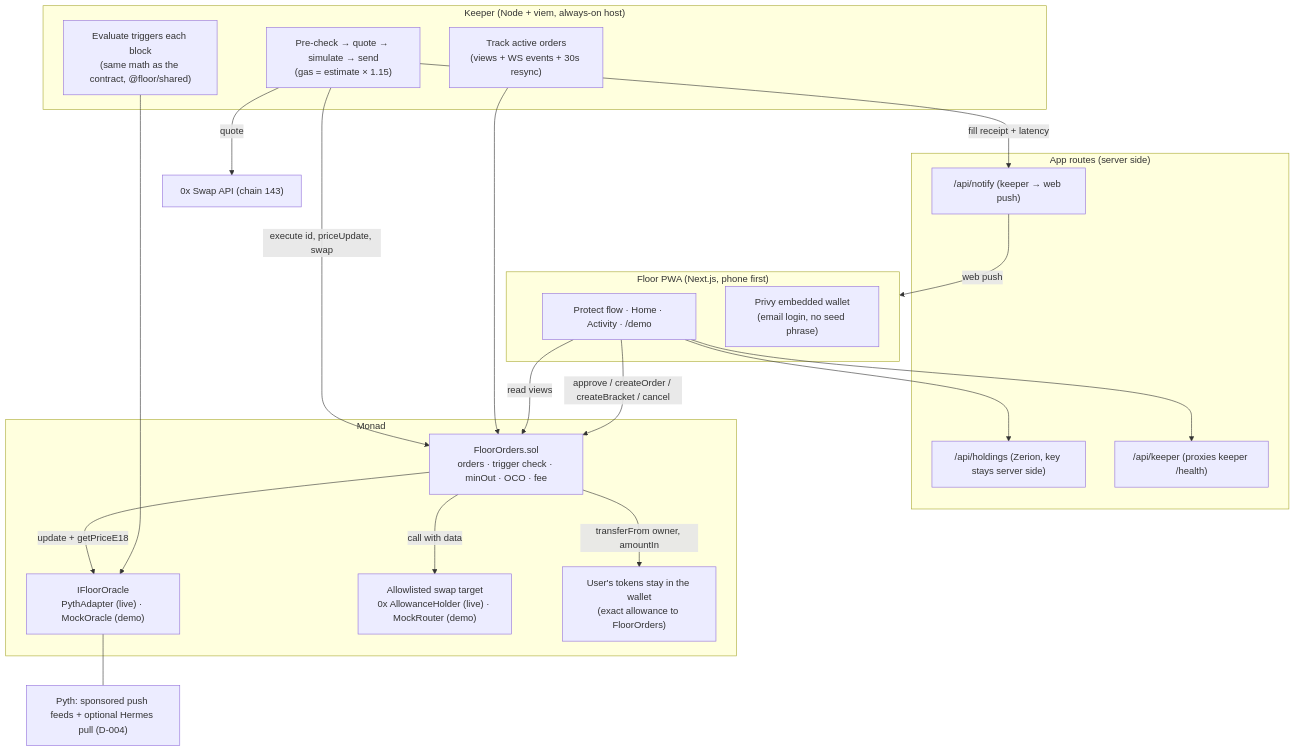
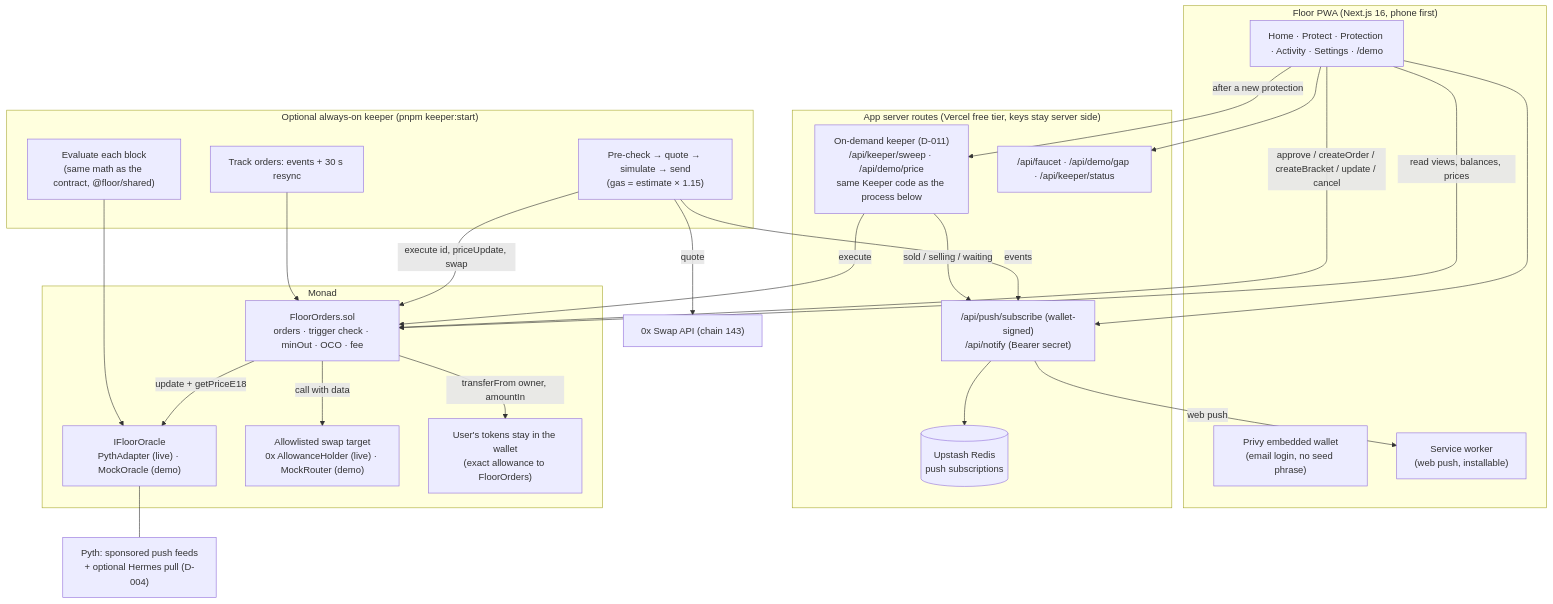
One commit to Emediong-Etuk/Floor changed the diagram in docs/architecture.md. Above: the diagram before and after it, drawn with Mermaid. The commit also changed other lines of this file and 27 other files, not shown here.

````diff
--- a/docs/architecture.md
+++ b/docs/architecture.md
@@ -3,44 +3,50 @@
 ```mermaid
 flowchart TB
-    subgraph Client["Floor PWA (Next.js, phone first)"]
-        UI["Protect flow · Home · Activity · /demo"]
+    subgraph Phone["Floor PWA (Next.js 16, phone first)"]
+        UI["Home · Protect · Protection · Activity · Settings · /demo"]
         Privy["Privy embedded wallet<br/>(email login, no seed phrase)"]
+        SW["Service worker<br/>(web push, installable)"]
     end
 
-    subgraph Server["App routes (server side)"]
-        Notify["/api/notify (keeper → web push)"]
-        Holdings["/api/holdings (Zerion, key stays server side)"]
-        Health["/api/keeper (proxies keeper /health)"]
+    subgraph Vercel["App server routes (Vercel free tier, keys stay server side)"]
+        Sweep["On-demand keeper (D-011)<br/>/api/keeper/sweep · /api/demo/price<br/>same Keeper code as the process below"]
+        Demo["/api/faucet · /api/demo/gap · /api/keeper/status"]
+        Push["/api/push/subscribe (wallet-signed)<br/>/api/notify (Bearer secret)"]
+        Store[("Upstash Redis<br/>push subscriptions")]
     end
 
-    subgraph Keeper["Keeper (Node + viem, always-on host)"]
-        Track["Track active orders<br/>(views + WS events + 30s resync)"]
-        Eval["Evaluate triggers each block<br/>(same math as the contract, @floor/shared)"]
+    subgraph Keeper["Optional always-on keeper (pnpm keeper:start)"]
+        Track["Track orders: events + 30 s resync"]
+        Eval["Evaluate each block<br/>(same math as the contract, @floor/shared)"]
         Exec["Pre-check → quote → simulate → send<br/>(gas = estimate × 1.15)"]
     end
 
     subgraph Chain["Monad"]
         Floor["FloorOrders.sol<br/>orders · trigger check · minOut · OCO · fee"]
         Oracle["IFloorOracle<br/>PythAdapter (live) · MockOracle (demo)"]
         Venue["Allowlisted swap target<br/>0x AllowanceHolder (live) · MockRouter (demo)"]
         Tokens["User's tokens stay in the wallet<br/>(exact allowance to FloorOrders)"]
     end
 
-    Pyth["Pyth: sponsored push feeds + optional Hermes pull (D-004)"]
+    Pyth["Pyth: sponsored push feeds<br/>+ optional Hermes pull (D-004)"]
     ZeroX["0x Swap API (chain 143)"]
 
-    UI -->|approve / createOrder / createBracket / cancel| Floor
-    UI -->|read views| Floor
-    UI --> Holdings
-    UI --> Health
+    UI -->|approve / createOrder / createBracket / update / cancel| Floor
+    UI -->|read views, balances, prices| Floor
+    UI -->|after a new protection| Sweep
+    UI --> Demo
+    UI --> Push
+    Push --> Store
+    Sweep -->|execute| Floor
+    Sweep -->|sold / selling / waiting| Push
     Track --> Floor
     Eval --> Oracle
     Exec -->|quote| ZeroX
     Exec -->|execute id, priceUpdate, swap| Floor
-    Exec -->|fill receipt + latency| Notify
+    Exec -->|events| Push
     Floor -->|update + getPriceE18| Oracle
     Oracle --- Pyth
     Floor -->|transferFrom owner, amountIn| Tokens
     Floor -->|call with data| Venue
-    Notify -->|web push| Client
+    Push -->|web push| SW
 ```
````
